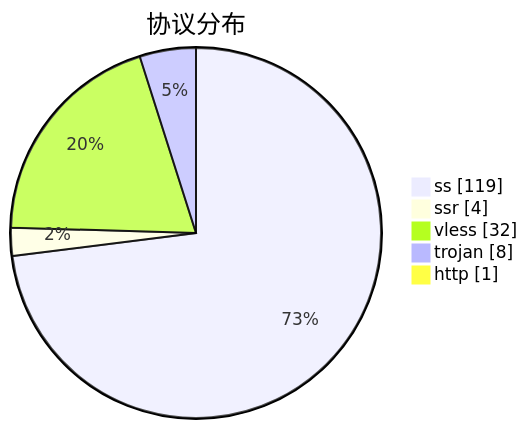
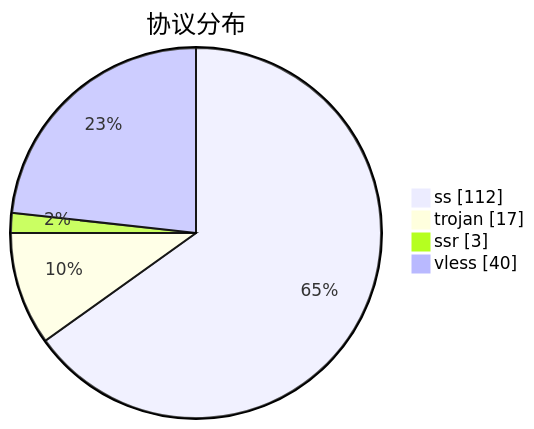
The third of 3 diagrams in subs/statistics/tested_within.md (qjlxg/airport), drawn with Mermaid before and after one commit. The commit also changed other lines of this file and 2 other files, not shown here.

````diff
--- a/subs/statistics/tested_within.md
+++ b/subs/statistics/tested_within.md
@@ -32,9 +29,8 @@
 ```mermaid
 pie showData
 title 协议分布
-"ss" : 119
-"ssr" : 4
-"vless" : 32
-"trojan" : 8
-"http" : 1
+"ss" : 112
+"trojan" : 17
+"ssr" : 3
+"vless" : 40
 ```
````
